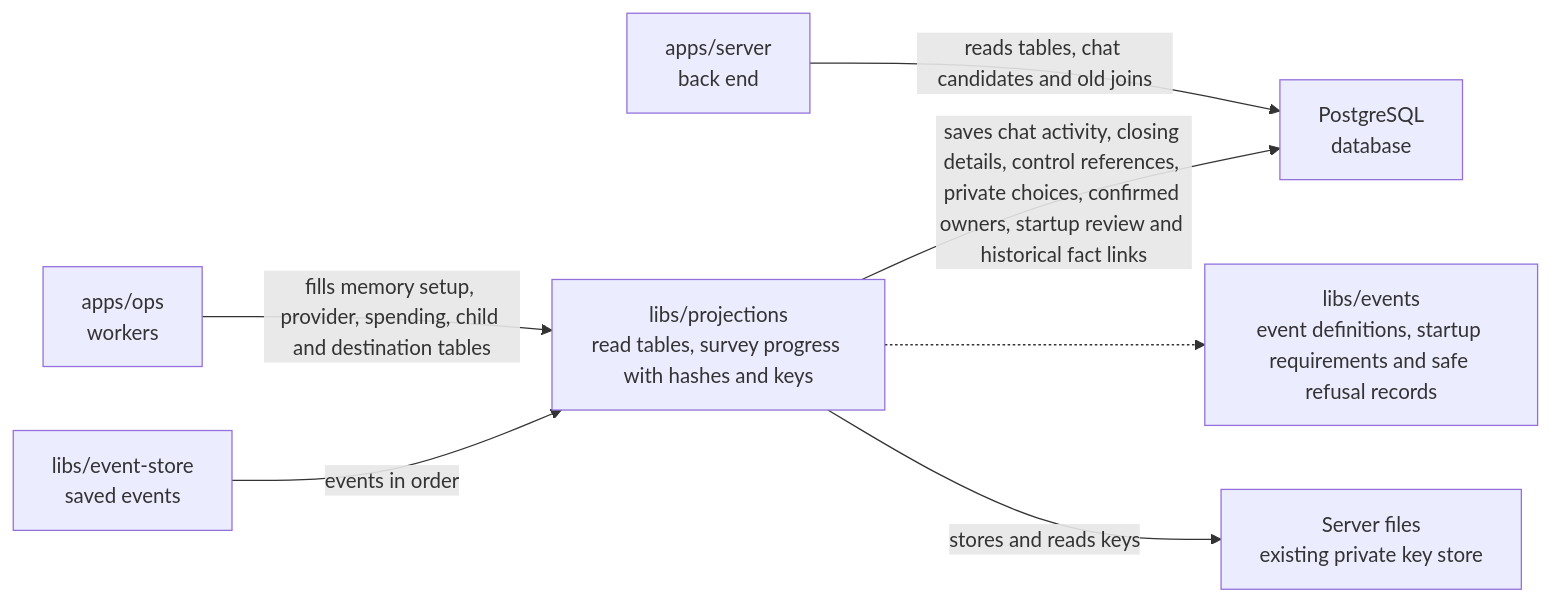
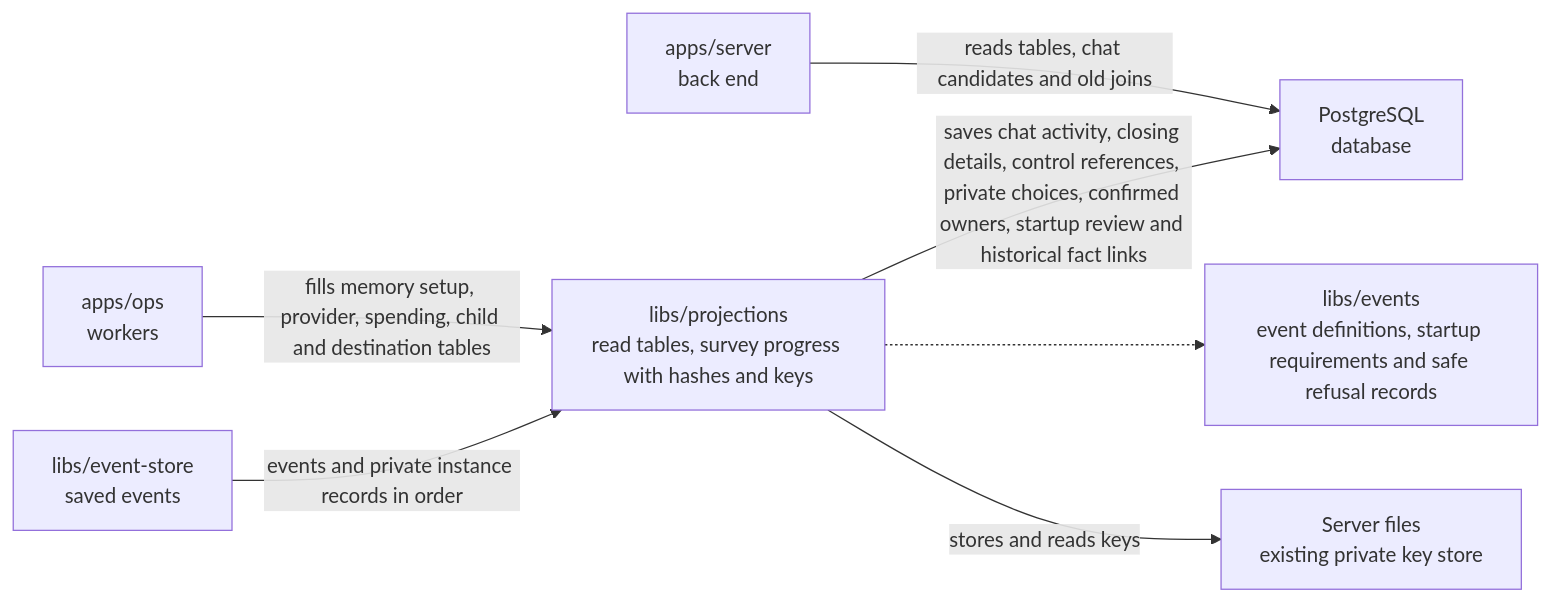
One commit to elewa-git/opencrane-new changed the diagram in libs/projections/README.md. Above: the diagram before and after it, drawn with Mermaid. The commit also changed other lines of this file and 16 other files, not shown here.

````diff
--- a/libs/projections/README.md
+++ b/libs/projections/README.md
@@ -23,9 +23,9 @@
 ```mermaid
 flowchart LR
   ops["apps/ops<br/>workers"] -->|fills memory setup, provider, spending, child and destination tables| projections["libs/projections<br/>read tables, survey progress with hashes and keys"]
   server["apps/server<br/>back end"] -->|reads tables, chat candidates and old joins| pg["PostgreSQL<br/>database"]
   projections -->|saves chat activity, closing details, control references, private choices, confirmed owners, startup review and historical fact links| pg
-  store["libs/event-store<br/>saved events"] -->|events in order| projections
+  store["libs/event-store<br/>saved events"] -->|events and private instance records in order| projections
   projections -.-> events["libs/events<br/>event definitions, startup requirements and safe refusal records"]
   projections -->|stores and reads keys| keys["Server files<br/>existing private key store"]
 ```
````
